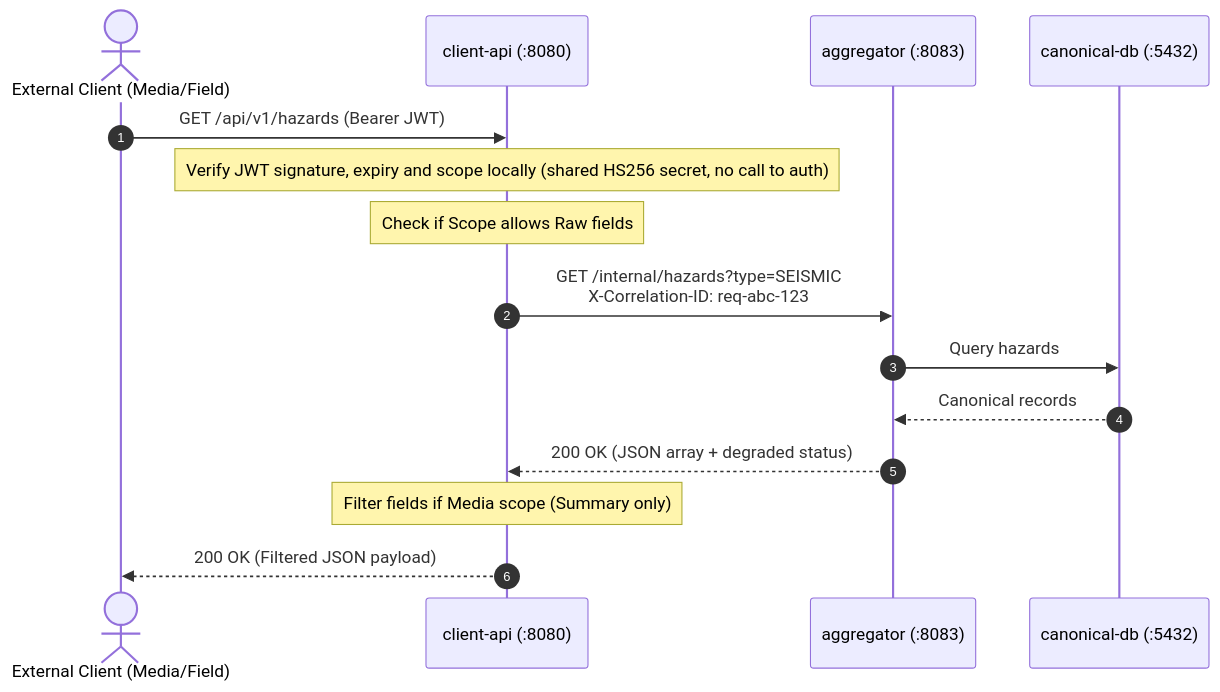
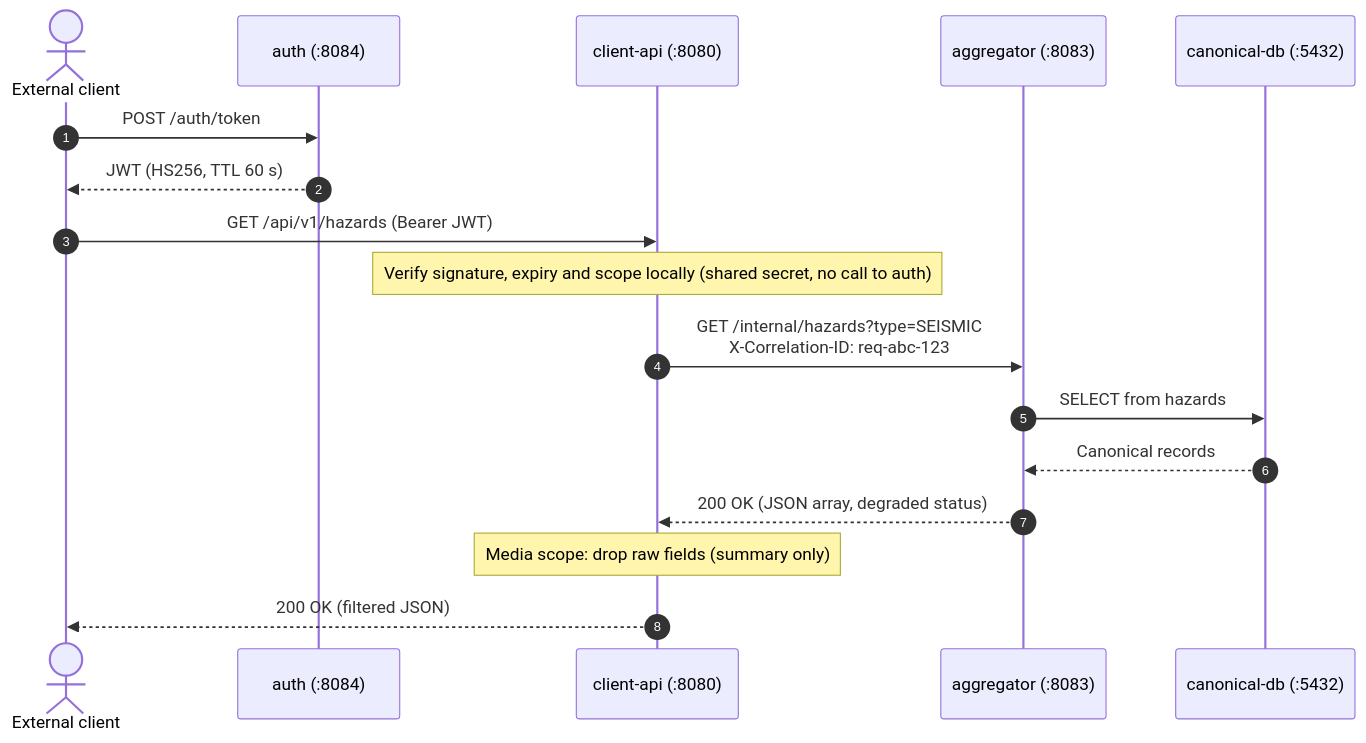
The diagram in docs/adr/004-internal-communication-rest.md (Darsua/AAT), drawn with Mermaid before and after one commit. The commit also changed 61 other files, not shown here.

First line of the commit message:
docs: recreate all diagrams with Mermaid, add sources, sync check and report figure

````diff
--- a/docs/adr/004-internal-communication-rest.md
+++ b/docs/adr/004-internal-communication-rest.md
@@ -30,18 +30,20 @@
 ```mermaid
 sequenceDiagram
     autonumber
-    actor Client as External Client (Media/Field)
-    participant ClientAPI as client-api (:8080)
-    participant Aggregator as aggregator (:8083)
+    actor Client as External client
+    participant Auth as auth (:8084)
+    participant CAPI as client-api (:8080)
+    participant Agg as aggregator (:8083)
     participant DB as canonical-db (:5432)
 
-    Client->>ClientAPI: GET /api/v1/hazards (Bearer JWT)
-    Note over ClientAPI: Verify JWT signature, expiry and scope locally (shared HS256 secret, no call to auth)
-    Note over ClientAPI: Check if Scope allows Raw fields
-    ClientAPI->>Aggregator: GET /internal/hazards?type=SEISMIC<br/>X-Correlation-ID: req-abc-123
-    Aggregator->>DB: Query hazards
-    DB-->>Aggregator: Canonical records
-    Aggregator-->>ClientAPI: 200 OK (JSON array + degraded status)
-    Note over ClientAPI: Filter fields if Media scope (Summary only)
-    ClientAPI-->>Client: 200 OK (Filtered JSON payload)
+    Client->>Auth: POST /auth/token
+    Auth-->>Client: JWT (HS256, TTL 60 s)
+    Client->>CAPI: GET /api/v1/hazards (Bearer JWT)
+    Note over CAPI: Verify signature, expiry and scope locally (shared secret, no call to auth)
+    CAPI->>Agg: GET /internal/hazards?type=SEISMIC<br/>X-Correlation-ID: req-abc-123
+    Agg->>DB: SELECT from hazards
+    DB-->>Agg: Canonical records
+    Agg-->>CAPI: 200 OK (JSON array, degraded status)
+    Note over CAPI: Media scope: drop raw fields (summary only)
+    CAPI-->>Client: 200 OK (filtered JSON)
 ```
````
